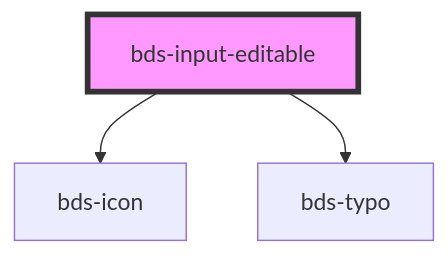
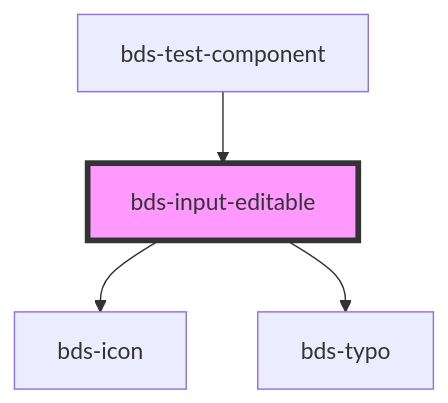
The diagram in src/components/input-editable/readme.md (takenet/blip-ds), drawn with Mermaid before and after one commit. The commit also changed other lines of this file and 73 other files, not shown here.

````diff
--- a/src/components/input-editable/readme.md
+++ b/src/components/input-editable/readme.md
@@ -56,6 +60,7 @@
 ```mermaid
 graph TD;
   bds-input-editable --> bds-icon
   bds-input-editable --> bds-typo
+  bds-test-component --> bds-input-editable
   style bds-input-editable fill:#f9f,stroke:#333,stroke-width:4px
 ```
````
